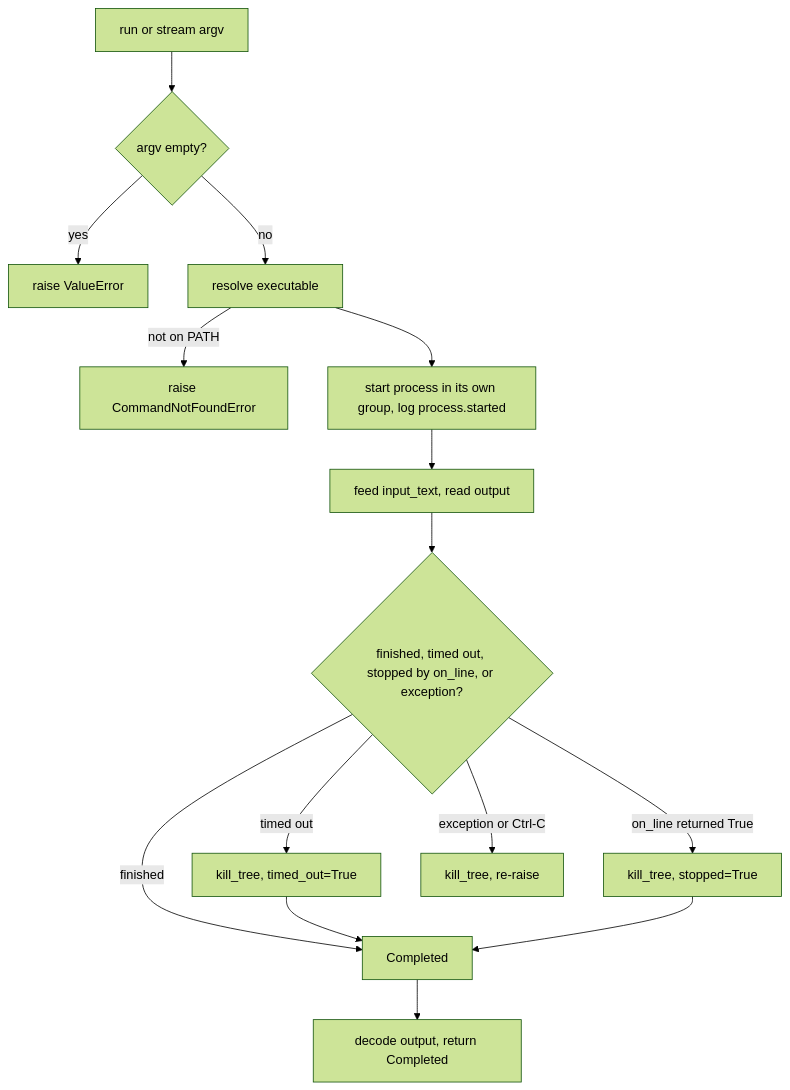
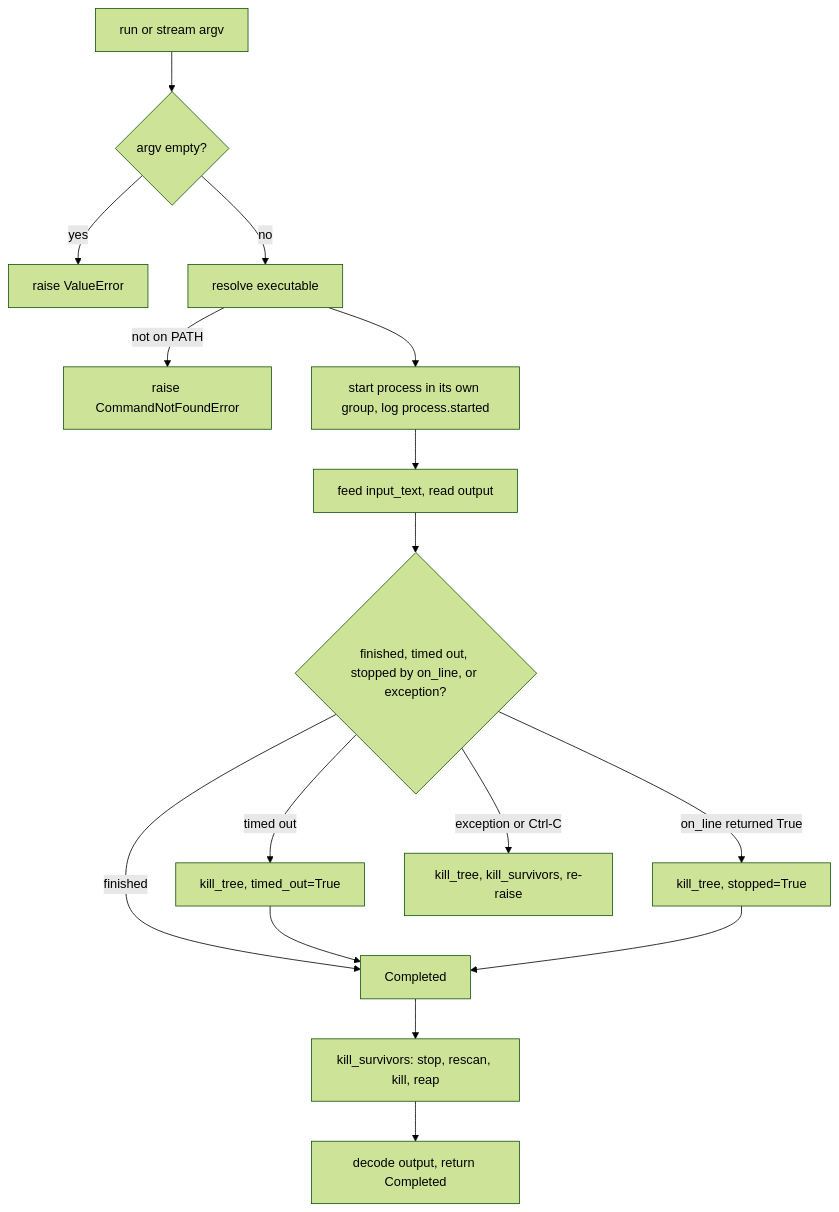
Before and after one commit to plaplanche/ariane: the first of 3 diagrams in docs/architecture/modules/process.md, drawn with Mermaid (forest theme). The commit also changed other lines of this file and 11 other files, not shown here.

````diff
--- a/docs/architecture/modules/process.md
+++ b/docs/architecture/modules/process.md
@@ -31,17 +32,18 @@
 ```mermaid
 flowchart TD
   A[run or stream argv] --> B{argv empty?}
   B -- yes --> X[raise ValueError]
   B -- no --> C[resolve executable]
   C -- not on PATH --> Y[raise CommandNotFoundError]
   C --> D[start process in its own group, log process.started]
   D --> E[feed input_text, read output]
   E --> F{finished, timed out, stopped by on_line, or exception?}
   F -- finished --> G[Completed]
   F -- timed out --> H[kill_tree, timed_out=True]
   F -- on_line returned True --> I[kill_tree, stopped=True]
-  F -- exception or Ctrl-C --> J[kill_tree, re-raise]
+  F -- exception or Ctrl-C --> J[kill_tree, kill_survivors, re-raise]
   H --> G
   I --> G
-  G --> K[decode output, return Completed]
+  G --> S[kill_survivors: stop, rescan, kill, reap]
+  S --> K[decode output, return Completed]
 ```
````
